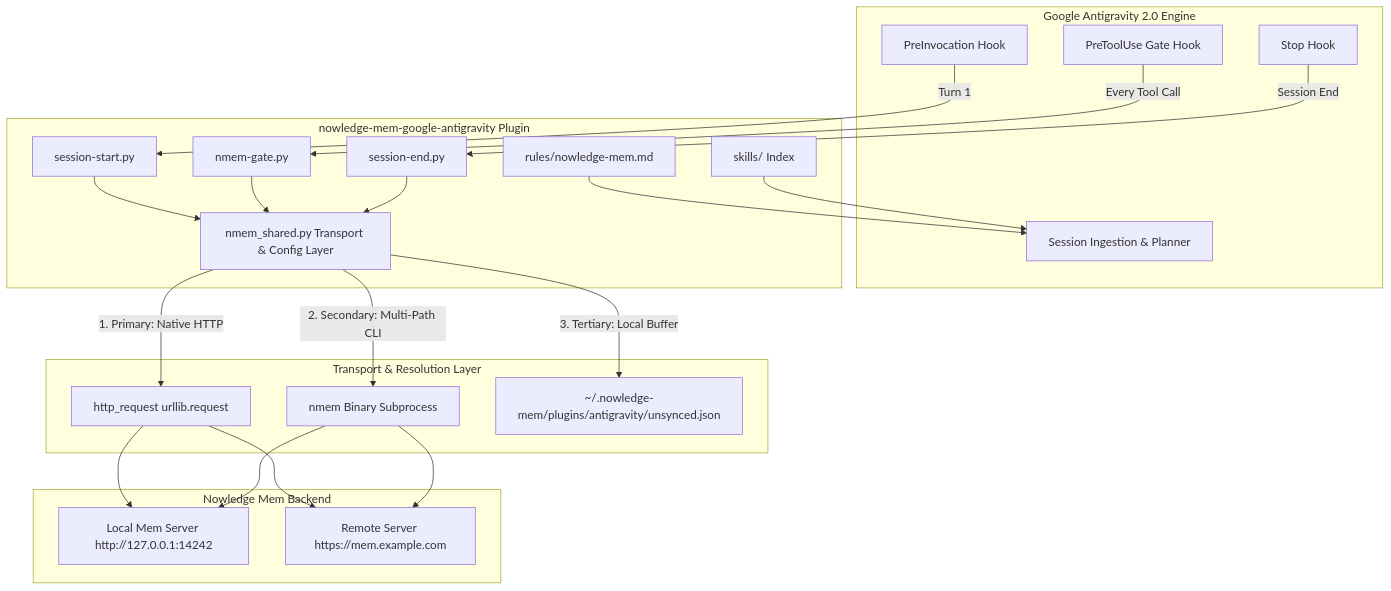
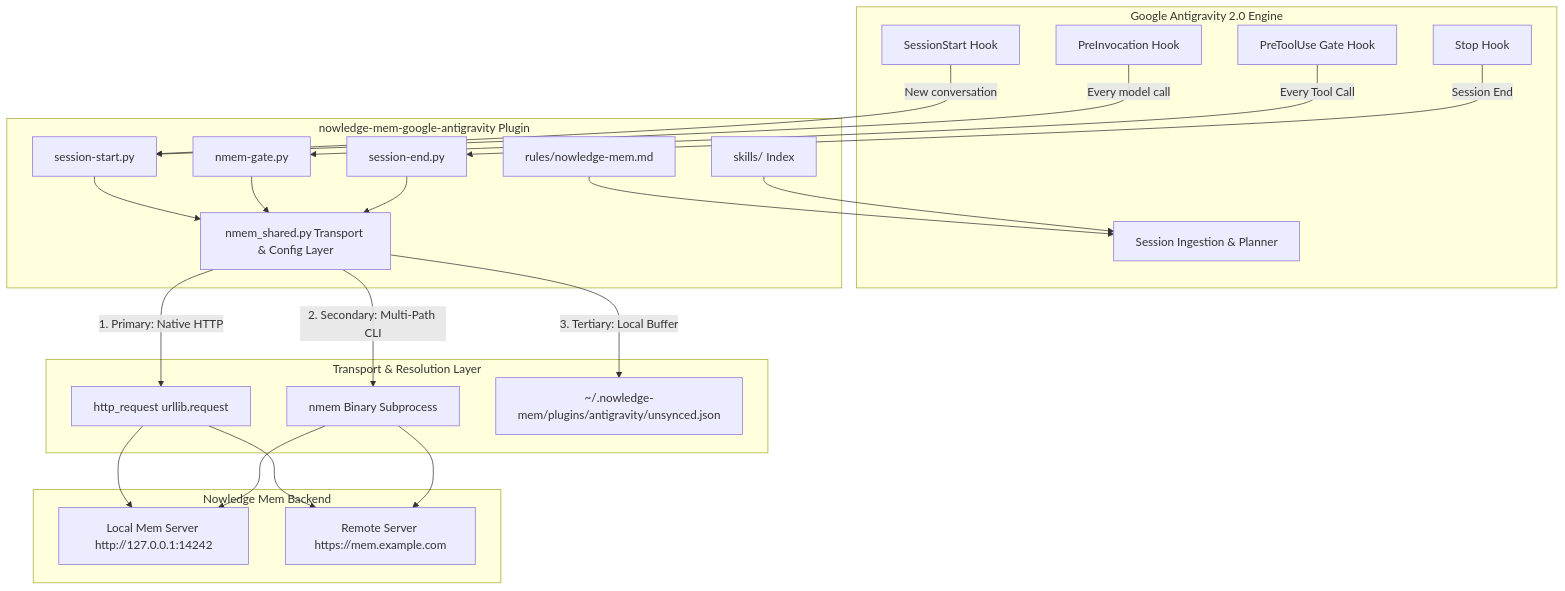
Before and after one commit to nowledge-co/nowledge-mem-google-antigravity: the first of 2 diagrams in ARCHITECTURE.md, drawn with Mermaid. The commit also changed other lines of this file and 7 other files, not shown here.

````diff
--- a/ARCHITECTURE.md
+++ b/ARCHITECTURE.md
@@ -11,31 +11,33 @@
 ```mermaid
 flowchart TD
     subgraph Antigravity Engine ["Google Antigravity 2.0 Engine"]
         A[Session Ingestion & Planner]
+        S[SessionStart Hook]
         B[PreInvocation Hook]
         C[PreToolUse Gate Hook]
         D[Stop Hook]
     end
 
     subgraph Plugin ["nowledge-mem-google-antigravity Plugin"]
-        B -->|Turn 1| E[session-start.py]
+        S -->|New conversation| E[session-start.py]
+        B -->|Every model call| E
         C -->|Every Tool Call| F[nmem-gate.py]
         D -->|Session End| G[session-end.py]
 
         E & F & G --> H[nmem_shared.py Transport & Config Layer]
 
         I[rules/nowledge-mem.md] --> A
         J[skills/ Index] --> A
     end
 
     subgraph Transport Layer ["Transport & Resolution Layer"]
         H -->|1. Primary: Native HTTP| K[http_request urllib.request]
         H -->|2. Secondary: Multi-Path CLI| L[nmem Binary Subprocess]
         H -->|3. Tertiary: Local Buffer| M[~/.nowledge-mem/plugins/antigravity/unsynced.json]
     end
 
     subgraph Backend ["Nowledge Mem Backend"]
         K & L --> N[Local Mem Server http://127.0.0.1:14242]
         K & L --> O[Remote Server https://mem.example.com]
     end
 ```
````
